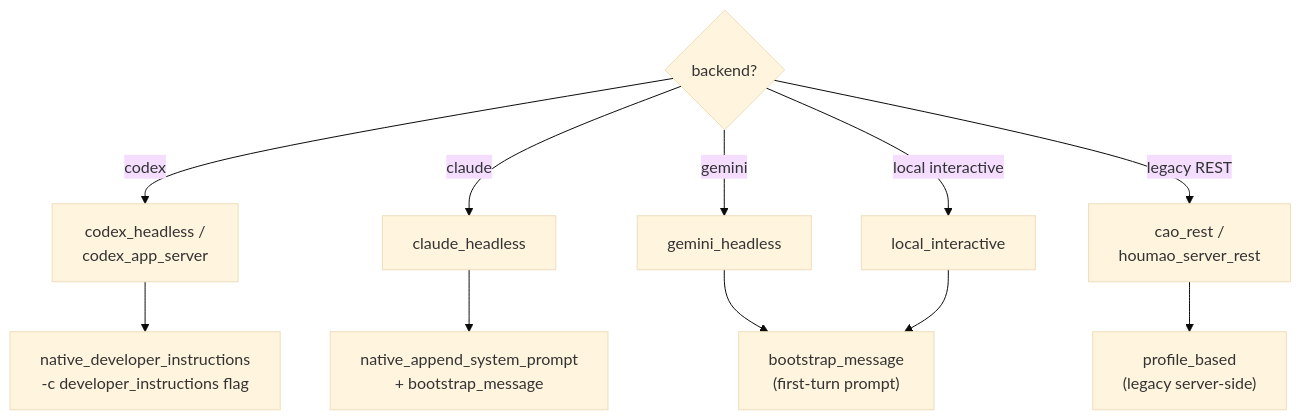
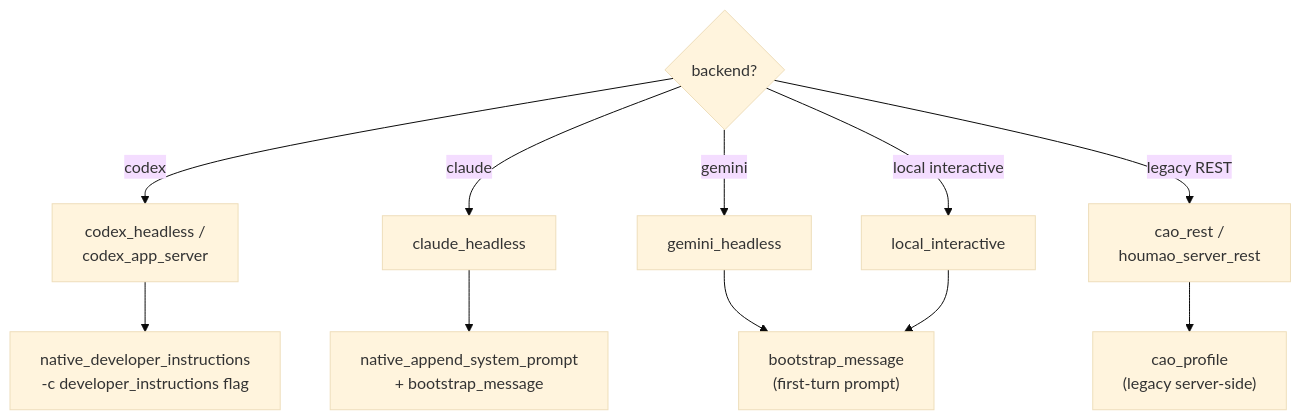
Before and after one commit to igamenovoer/houmao: the diagram in docs/reference/run-phase/role-injection.md, drawn with Mermaid (base theme). The commit also changed other lines of this file and 17 other files, not shown here.

````diff
--- a/docs/reference/run-phase/role-injection.md
+++ b/docs/reference/run-phase/role-injection.md
@@ -7,21 +7,21 @@
 ```mermaid
 flowchart TD
     BE{backend?}
 
     CX["codex_headless /<br/>codex_app_server"]
     CL["claude_headless"]
     GM["gemini_headless"]
     LI["local_interactive"]
     LEG["cao_rest /<br/>houmao_server_rest"]
 
     NDI["native_developer_instructions<br/>-c developer_instructions flag"]
     NAS["native_append_system_prompt<br/>+ bootstrap_message"]
     BM["bootstrap_message<br/>(first-turn prompt)"]
-    PB["profile_based<br/>(legacy server-side)"]
+    PB["cao_profile<br/>(legacy server-side)"]
 
     BE -->|codex| CX --> NDI
     BE -->|claude| CL --> NAS
     BE -->|gemini| GM --> BM
     BE -->|local interactive| LI --> BM
     BE -->|legacy REST| LEG --> PB
 ```
````
